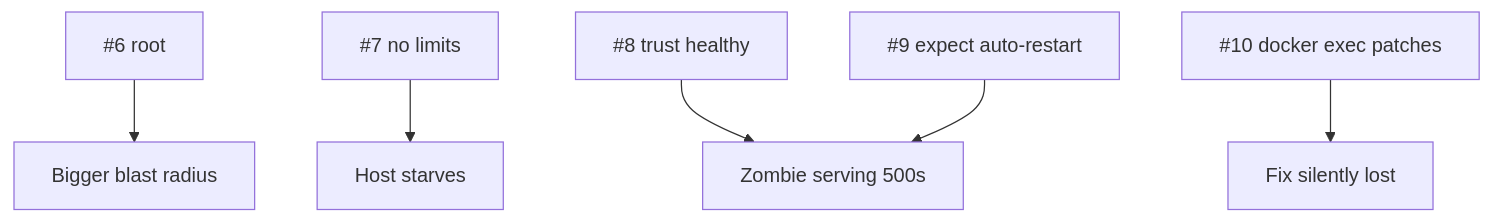
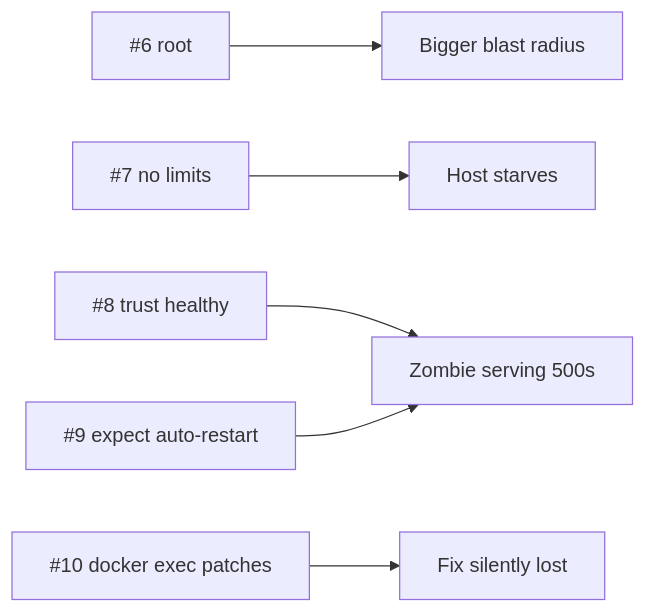
The diagram in docs/10-anti-patterns/50-runtime.md (wesamkhateeb98-creator/docker-zero-to-production), drawn with Mermaid before and after one commit. The commit also changed 8 other files, not shown here.

First line of the commit message:
Narrow wide diagrams in docs so they stay readable on GitHub

````diff
--- a/docs/10-anti-patterns/50-runtime.md
+++ b/docs/10-anti-patterns/50-runtime.md
@@ -5,8 +5,8 @@
 ```mermaid
-flowchart TD
+flowchart LR
     A6["#6 root"] --> R["Bigger blast radius"]
     A7["#7 no limits"] --> H["Host starves"]
     A8["#8 trust healthy"] --> Z["Zombie serving 500s"]
     A9["#9 expect auto-restart"] --> Z
     A10["#10 docker exec patches"] --> L["Fix silently lost"]
 ```
````
